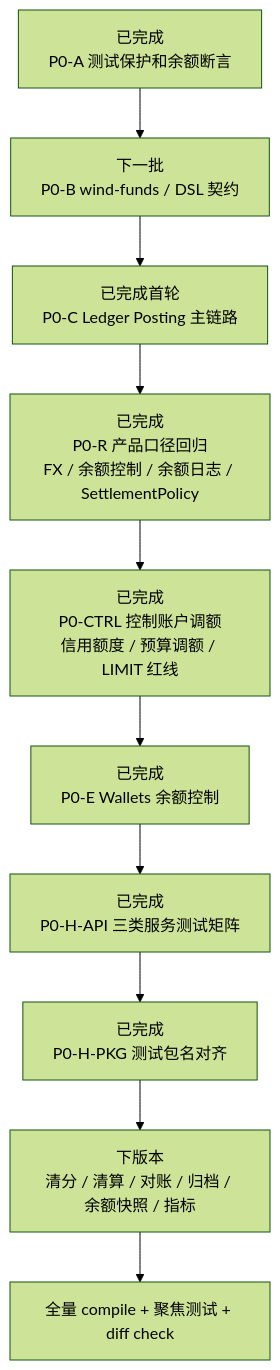
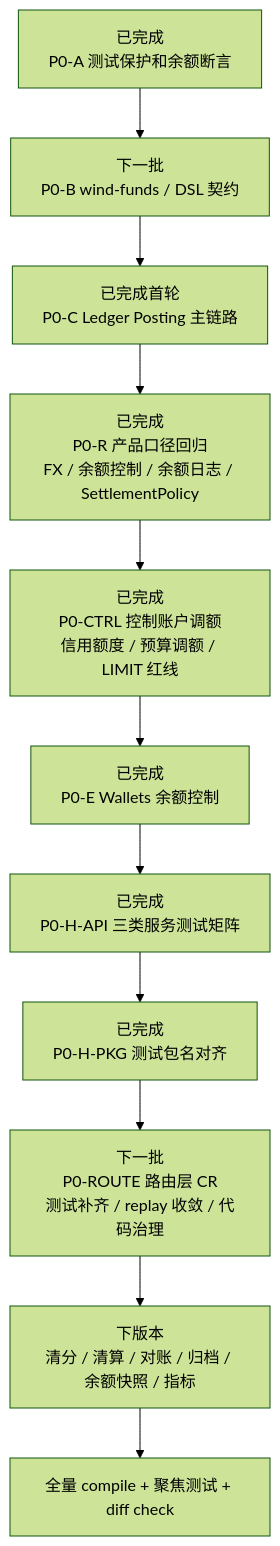
The diagram in docs/v5/系分设计/P0 编码任务拆分.md (fengwuxp/wind-funds), drawn with Mermaid (forest theme) before and after one commit. The commit also changed other lines of this file and 2 other files, not shown here.

Commit message:
docs(route): 记录路由层 CR 计划

````diff
--- a/docs/v5/系分设计/P0 编码任务拆分.md
+++ b/docs/v5/系分设计/P0 编码任务拆分.md
@@ -433,12 +472,13 @@
 ```mermaid
 flowchart TD
     A["已完成\nP0-A 测试保护和余额断言"] --> B["下一批\nP0-B wind-funds / DSL 契约"]
     B --> C["已完成首轮\nP0-C Ledger Posting 主链路"]
     C --> R["已完成\nP0-R 产品口径回归\nFX / 余额控制 / 余额日志 / SettlementPolicy"]
     R --> CTRL["已完成\nP0-CTRL 控制账户调额\n信用额度 / 预算调额 / LIMIT 红线"]
     CTRL --> D["已完成\nP0-E Wallets 余额控制"]
     D --> H["已完成\nP0-H-API 三类服务测试矩阵"]
     H --> P["已完成\nP0-H-PKG 测试包名对齐"]
-    P --> E["下版本\n清分 / 清算 / 对账 / 归档 / 余额快照 / 指标"]
+    P --> ROUTE["下一批\nP0-ROUTE 路由层 CR\n测试补齐 / replay 收敛 / 代码治理"]
+    ROUTE --> E["下版本\n清分 / 清算 / 对账 / 归档 / 余额快照 / 指标"]
     E --> G["全量 compile + 聚焦测试 + diff check"]
 ```
````
